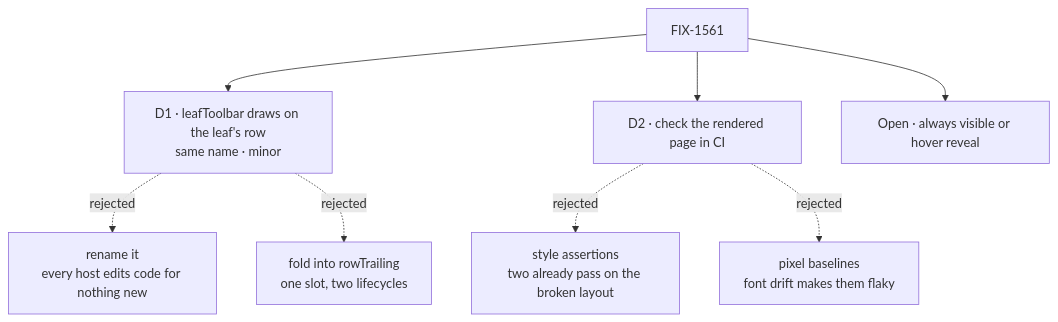
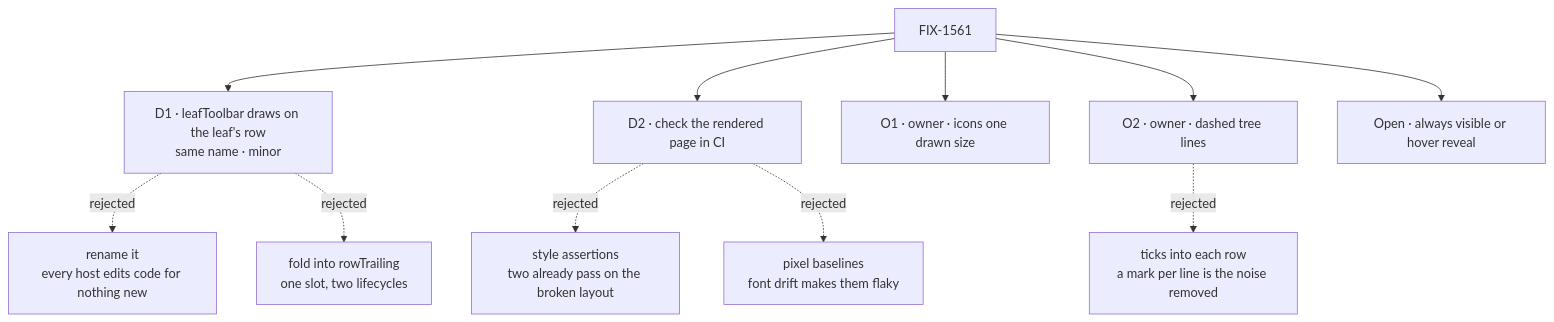
One commit to fixpoint-labs/flow-state-dev changed the diagram in specs/issues/FIX-1561/DECISIONS.md. Above: the diagram before and after it, drawn with Mermaid. The commit also changed other lines of this file and 16 other files, not shown here.

First line of the commit message:
spec(FIX-1561): one icon size, dashed tree lines, and review round 1

````diff
--- a/specs/issues/FIX-1561/DECISIONS.md
+++ b/specs/issues/FIX-1561/DECISIONS.md
@@ -10,10 +10,13 @@
 ```mermaid
 flowchart TD
   I["FIX-1561"] --> D1["D1 · leafToolbar draws on the leaf's row<br/>same name · minor"]
   D1 -.->|"rejected"| X1["rename it<br/>every host edits code for nothing new"]
   D1 -.->|"rejected"| X2["fold into rowTrailing<br/>one slot, two lifecycles"]
   I --> D2["D2 · check the rendered page in CI"]
   D2 -.->|"rejected"| X3["style assertions<br/>two already pass on the broken layout"]
   D2 -.->|"rejected"| X4["pixel baselines<br/>font drift makes them flaky"]
+  I --> O1["O1 · owner · icons one drawn size"]
+  I --> O2["O2 · owner · dashed tree lines"]
+  O2 -.->|"rejected"| X5["ticks into each row<br/>a mark per line is the noise removed"]
   I --> F["Open · always visible or hover reveal"]
 ```
````
